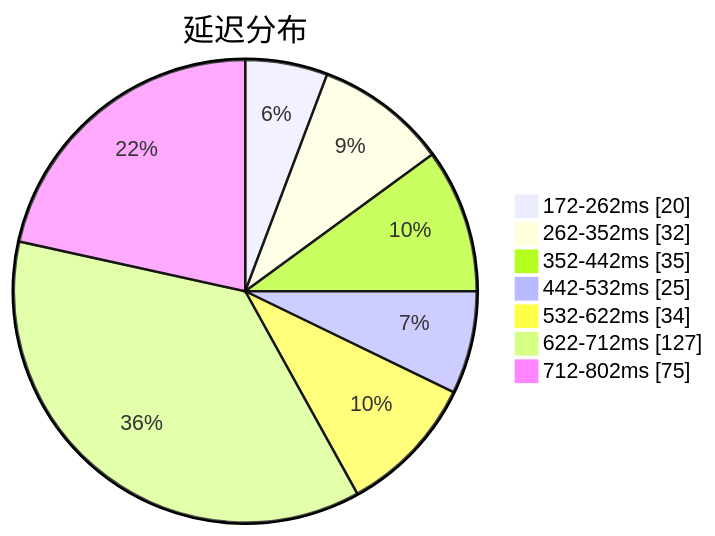
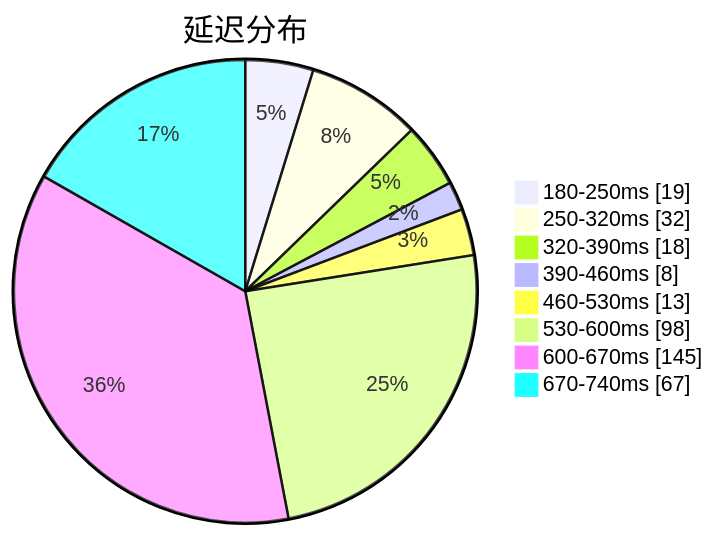
The first of 3 diagrams in subs/statistics/tested_within.md (qjlxg/airport), drawn with Mermaid before and after one commit. The commit also changed other lines of this file and 2 other files, not shown here.

Commit message:
Tested by metaST

````diff
--- a/subs/statistics/tested_within.md
+++ b/subs/statistics/tested_within.md
@@ -2,11 +2,12 @@
 ```mermaid
 pie showData
 title 延迟分布
-"172-262ms" : 20
-"262-352ms" : 32
-"352-442ms" : 35
-"442-532ms" : 25
-"532-622ms" : 34
-"622-712ms" : 127
-"712-802ms" : 75
+"180-250ms" : 19
+"250-320ms" : 32
+"320-390ms" : 18
+"390-460ms" : 8
+"460-530ms" : 13
+"530-600ms" : 98
+"600-670ms" : 145
+"670-740ms" : 67
 ```
````
